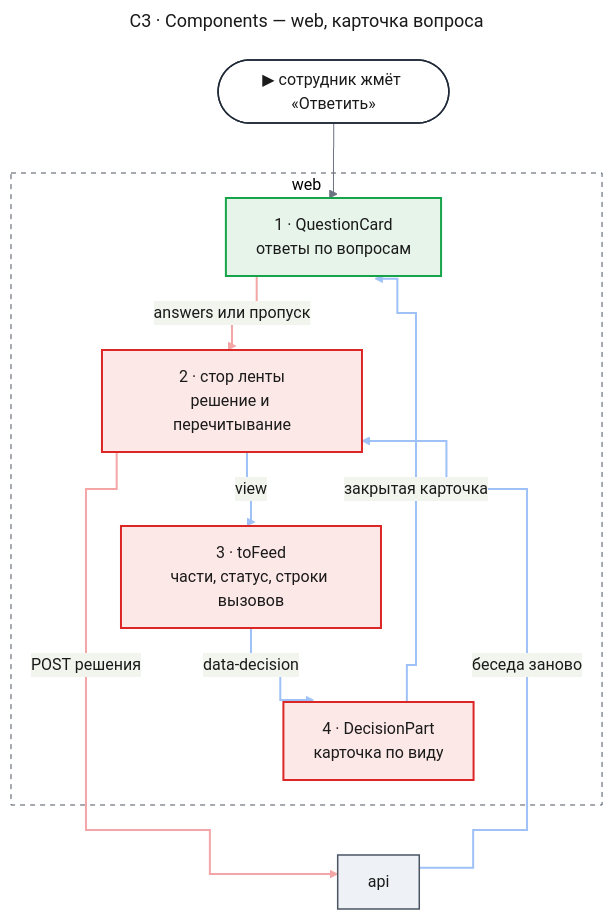
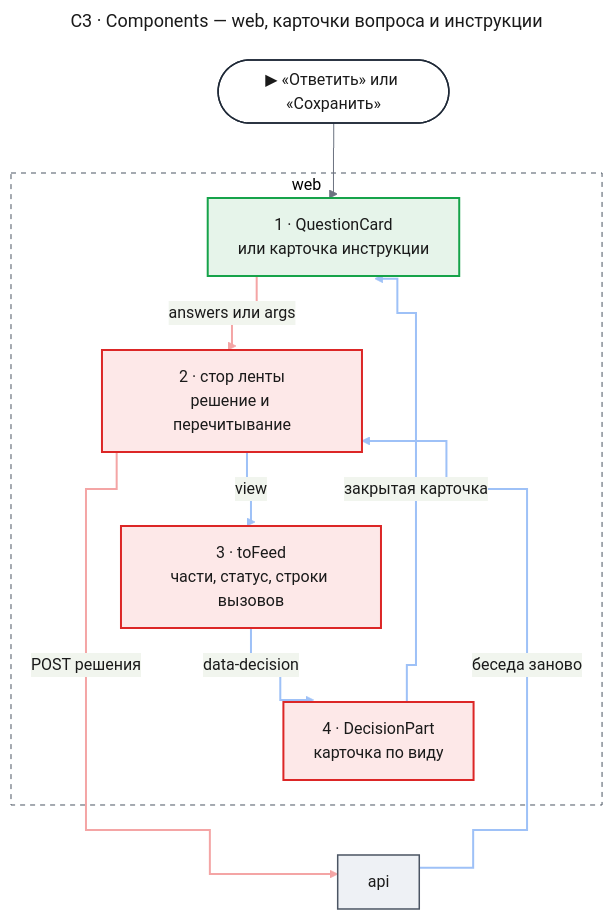
Before and after one commit to tundraray/agent-os: the second of 9 diagrams in docs/features/agent-guidance/design-web.md, drawn with Mermaid. The commit also changed other lines of this file, not shown here.

Commit message:
docs: personal instructions card in the agent guidance web design

````diff
--- a/docs/features/agent-guidance/design-web.md
+++ b/docs/features/agent-guidance/design-web.md
@@ -180,56 +200,56 @@
 ```mermaid
 ---
-title: "C3 · Components — web, карточка вопроса"
+title: "C3 · Components — web, карточки вопроса и инструкции"
 config:
   theme: base
   look: classic
   themeVariables:
     primaryColor: "#eef1f5"
     primaryBorderColor: "#4b5563"
     primaryTextColor: "#1a1a1a"
     lineColor: "#6b7280"
   flowchart:
     curve: step
   themeCSS: |
     @keyframes lit_wq{0%,15%{stroke:#991b1b;stroke-width:6px}16.7%,100%{stroke:#f4a5a5;stroke-width:2px}}
     @keyframes litr_wq{0%,15%{stroke:#1d4ed8;stroke-width:6px}16.7%,100%{stroke:#9ec1f7;stroke-width:2px}}
 ---
 flowchart TB
-    entry(["▶ сотрудник жмёт «Ответить»"])
+    entry(["▶ «Ответить» или «Сохранить»"])
     subgraph webbox["web"]
-        card["1 · QuestionCard<br/>ответы по вопросам"]
+        card["1 · QuestionCard<br/>или карточка инструкции"]
         store["2 · стор ленты<br/>решение и перечитывание"]
         feed["3 · toFeed<br/>части, статус, строки вызовов"]
         part["4 · DecisionPart<br/>карточка по виду"]
     end
     api["api"]
     entry --> card
-    card e1@-->|"answers или пропуск"| store
+    card e1@-->|"answers или args"| store
     store e2@-->|"POST решения"| api
     api e3@-->|"беседа заново"| store
     store e4@-->|"view"| feed
     feed e5@-->|"data-decision"| part
     part e6@-->|"закрытая карточка"| card
     part ~~~ api
     classDef entry fill:#ffffff,stroke:#1f2937,stroke-width:1.5px,color:#1a1a1a
     classDef changed fill:#fde8e8,stroke:#dc2626,stroke-width:2px,color:#1a1a1a
     classDef new fill:#e6f4ea,stroke:#16a34a,stroke-width:2px,color:#1a1a1a
     classDef unchanged fill:#eef1f5,stroke:#4b5563,stroke-width:1.5px,color:#1a1a1a
     classDef w1 stroke:#f4a5a5,stroke-width:2px,animation:lit_wq 7.2s linear 0s infinite
     classDef w2 stroke:#f4a5a5,stroke-width:2px,animation:lit_wq 7.2s linear 1.2s infinite
     classDef r3 stroke:#9ec1f7,stroke-width:2px,animation:litr_wq 7.2s linear 2.4s infinite
     classDef r4 stroke:#9ec1f7,stroke-width:2px,animation:litr_wq 7.2s linear 3.6s infinite
     classDef r5 stroke:#9ec1f7,stroke-width:2px,animation:litr_wq 7.2s linear 4.8s infinite
     classDef r6 stroke:#9ec1f7,stroke-width:2px,animation:litr_wq 7.2s linear 6s infinite
     class entry entry
     class card new
     class store,feed,part changed
     class api unchanged
     class e1 w1
     class e2 w2
     class e3 r3
     class e4 r4
     class e5 r5
     class e6 r6
     style webbox fill:none,stroke:#4b5563,stroke-dasharray:5 5
 ```
````
